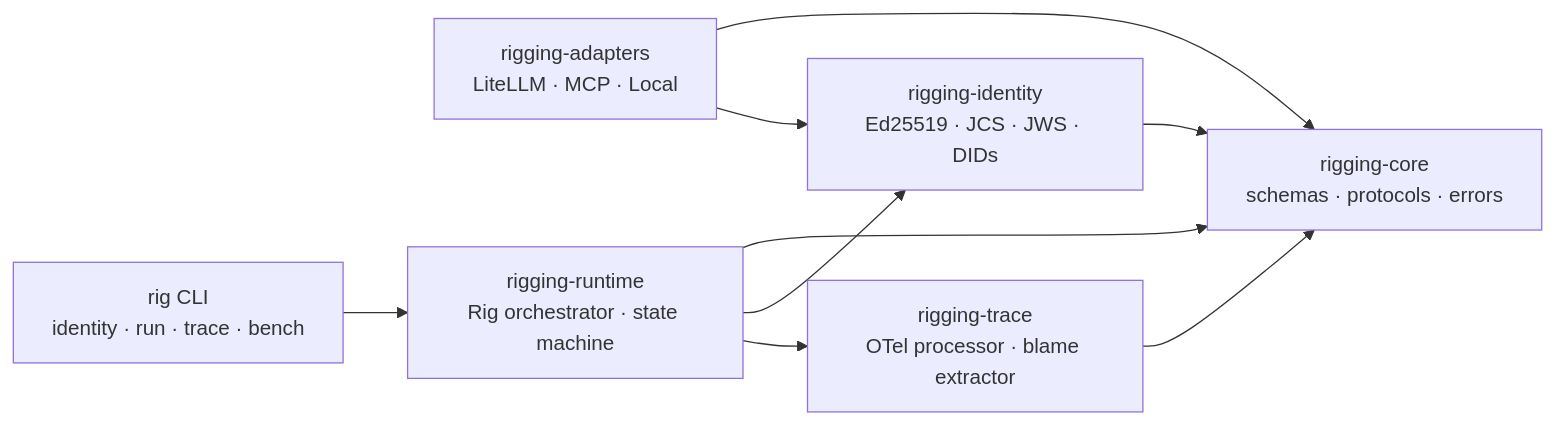
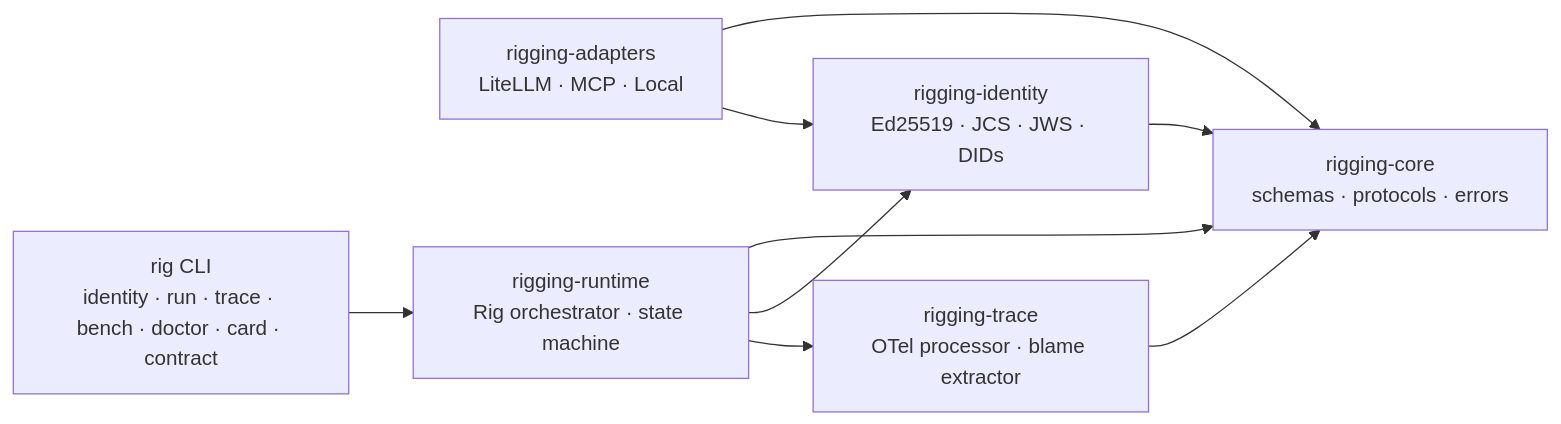
The diagram in README.md (bettyguo/rigging), drawn with Mermaid before and after one commit. The commit also changed other lines of this file and 14 other files, not shown here.

First line of the commit message:
Add rig doctor / card / contract CLI, example 06, live-site simulator, curator block

````diff
--- a/README.md
+++ b/README.md
@@ -326,18 +338,18 @@
 ```mermaid
 graph LR
     CORE[rigging-core<br/>schemas · protocols · errors]
     IDENT[rigging-identity<br/>Ed25519 · JCS · JWS · DIDs]
     TRACE[rigging-trace<br/>OTel processor · blame extractor]
     ADAPT[rigging-adapters<br/>LiteLLM · MCP · Local]
     RUN[rigging-runtime<br/>Rig orchestrator · state machine]
-    CLI[rig CLI<br/>identity · run · trace · bench]
+    CLI[rig CLI<br/>identity · run · trace · bench · doctor · card · contract]
 
     IDENT --> CORE
     TRACE --> CORE
     RUN --> CORE
     RUN --> IDENT
     RUN --> TRACE
     ADAPT --> CORE
     ADAPT --> IDENT
     CLI --> RUN
 ```
````
